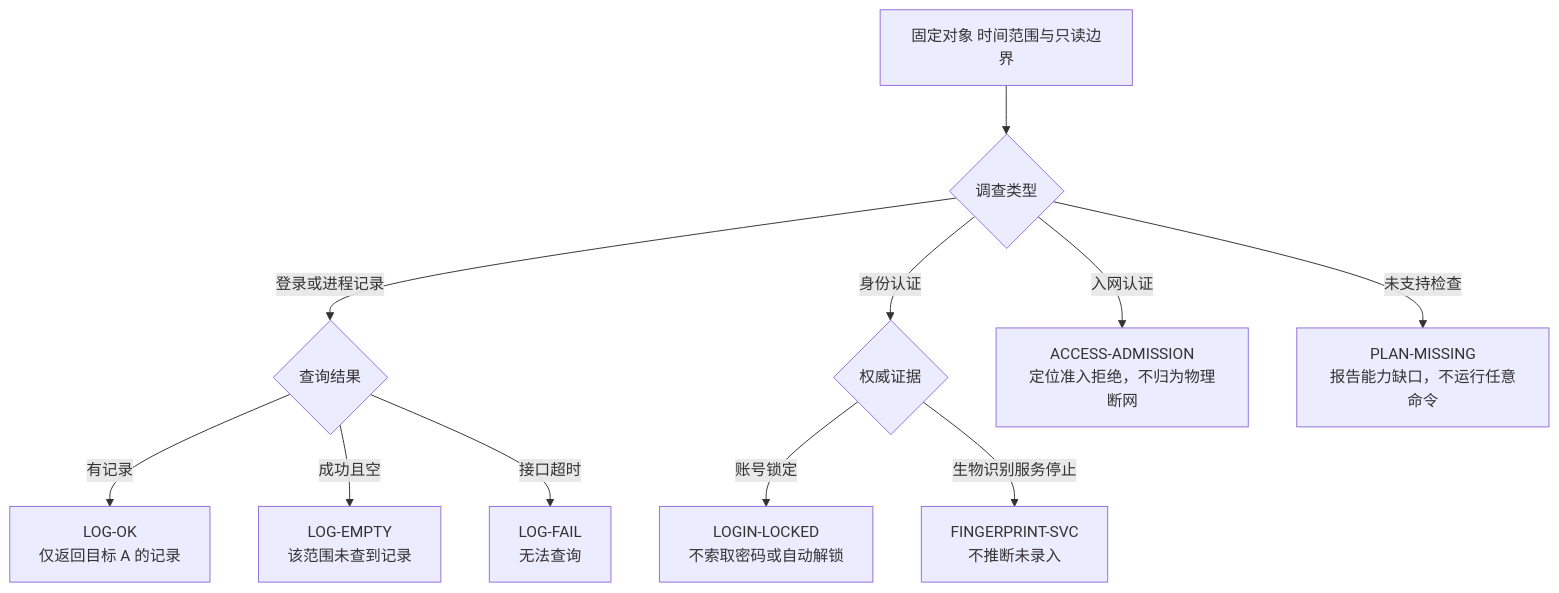
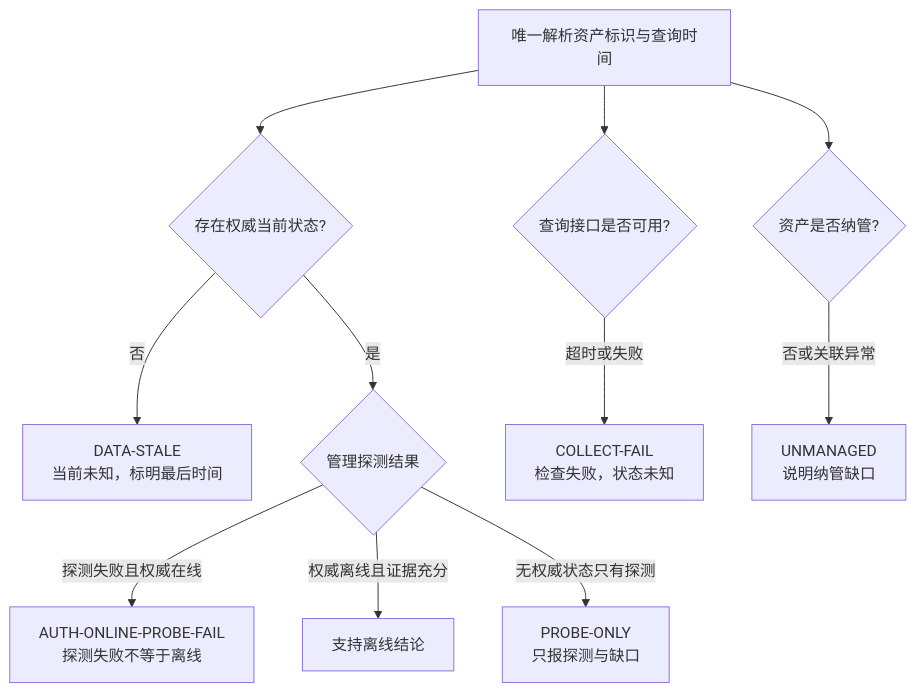
The ninth of 16 diagrams in agents/security-operations-expert/evaluation.md (wr5912/ai-agent-harness), drawn with Mermaid before and after one commit. The commit also changed other lines of this file and 1 other file, not shown here.

````diff
--- a/agents/security-operations-expert/evaluation.md
+++ b/agents/security-operations-expert/evaluation.md
@@ -320,13 +319,13 @@
 ```mermaid
 flowchart TD
-    START[固定对象 时间范围与只读边界] --> KIND{调查类型}
-    KIND -- 登录或进程记录 --> QUERY{查询结果}
-    QUERY -- 有记录 --> LOG_OK[LOG-OK<br/>仅返回目标 A 的记录]
-    QUERY -- 成功且空 --> LOG_EMPTY[LOG-EMPTY<br/>该范围未查到记录]
-    QUERY -- 接口超时 --> LOG_FAIL[LOG-FAIL<br/>无法查询]
-    KIND -- 身份认证 --> IDENTITY{权威证据}
-    IDENTITY -- 账号锁定 --> LOCKED[LOGIN-LOCKED<br/>不索取密码或自动解锁]
-    IDENTITY -- 生物识别服务停止 --> FINGERPRINT[FINGERPRINT-SVC<br/>不推断未录入]
-    KIND -- 入网认证 --> ADMISSION[ACCESS-ADMISSION<br/>定位准入拒绝，不归为物理断网]
-    KIND -- 未支持检查 --> PLAN_MISSING[PLAN-MISSING<br/>报告能力缺口，不运行任意命令]
+    START[唯一解析资产标识与查询时间] --> AUTH{存在权威当前状态?}
+    AUTH -- 否 --> STALE[DATA-STALE<br/>当前未知，标明最后时间]
+    AUTH -- 是 --> PROBE{管理探测结果}
+    PROBE -- 探测失败且权威在线 --> CONFLICT[AUTH-ONLINE-PROBE-FAIL<br/>探测失败不等于离线]
+    PROBE -- 权威离线且证据充分 --> OFFLINE[支持离线结论]
+    PROBE -- 无权威状态只有探测 --> PROBE_ONLY[PROBE-ONLY<br/>只报探测与缺口]
+    START --> COLLECT{查询接口是否可用?}
+    COLLECT -- 超时或失败 --> COLLECT_FAIL[COLLECT-FAIL<br/>检查失败，状态未知]
+    START --> MANAGED{资产是否纳管?}
+    MANAGED -- 否或关联异常 --> UNMANAGED[UNMANAGED<br/>说明纳管缺口]
 ```
````
